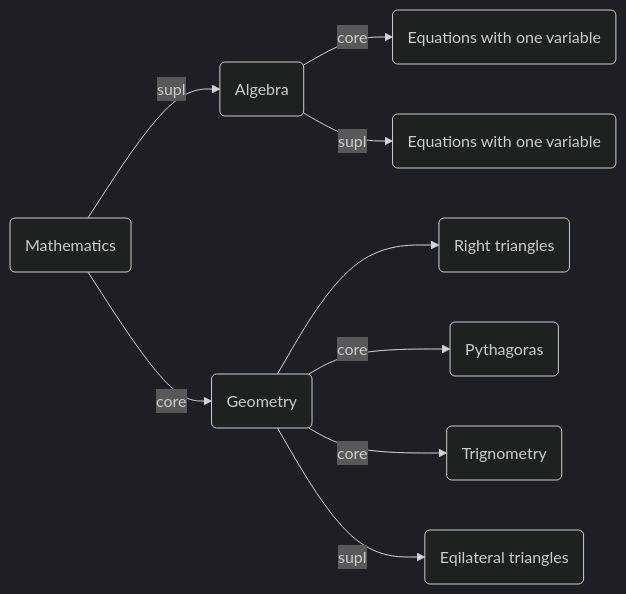
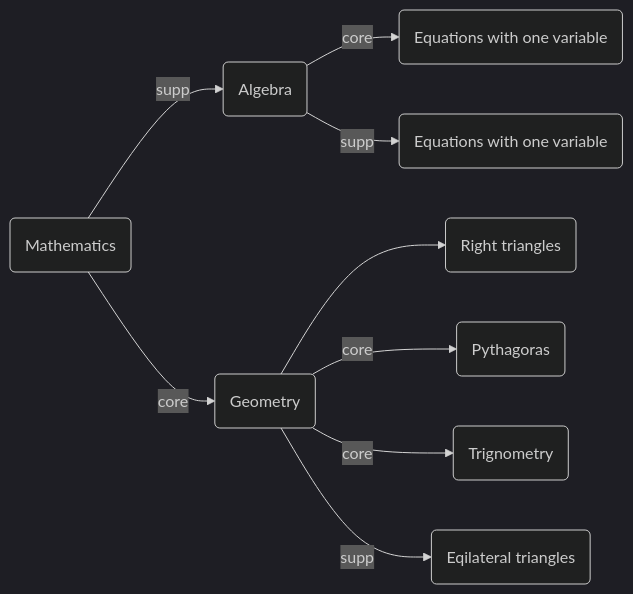
The third of 3 diagrams in README.md (NDLANO/taxonomy-api), drawn with Mermaid (dark theme) before and after one commit. The commit also changed other lines of this file, not shown here.

````diff
--- a/README.md
+++ b/README.md
@@ -318,11 +344,11 @@
 ```mermaid
     flowchart LR
-        sub(Mathematics) --supl--> top1(Algebra)
+        sub(Mathematics) --supp--> top1(Algebra)
         sub(Mathematics) --core--> top2(Geometry)
         top1 --core--> res1(Equations with one variable)
-        top1 --supl--> res2(Equations with one variable)
+        top1 --supp--> res2(Equations with one variable)
         top2 --> res3(Right triangles)
         top2 --core--> res4(Pythagoras) & res5(Trignometry)
-        top2 --supl--> res6(Eqilateral triangles)
+        top2 --supp--> res6(Eqilateral triangles)
         
 ```
````
